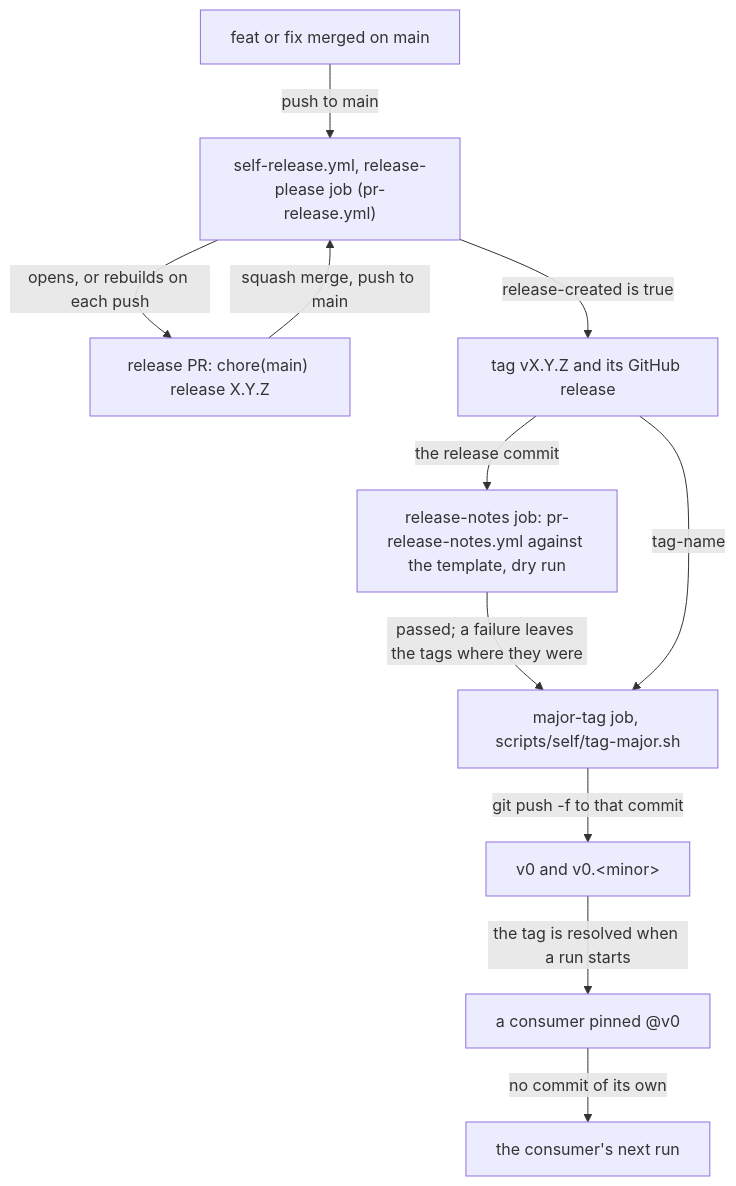
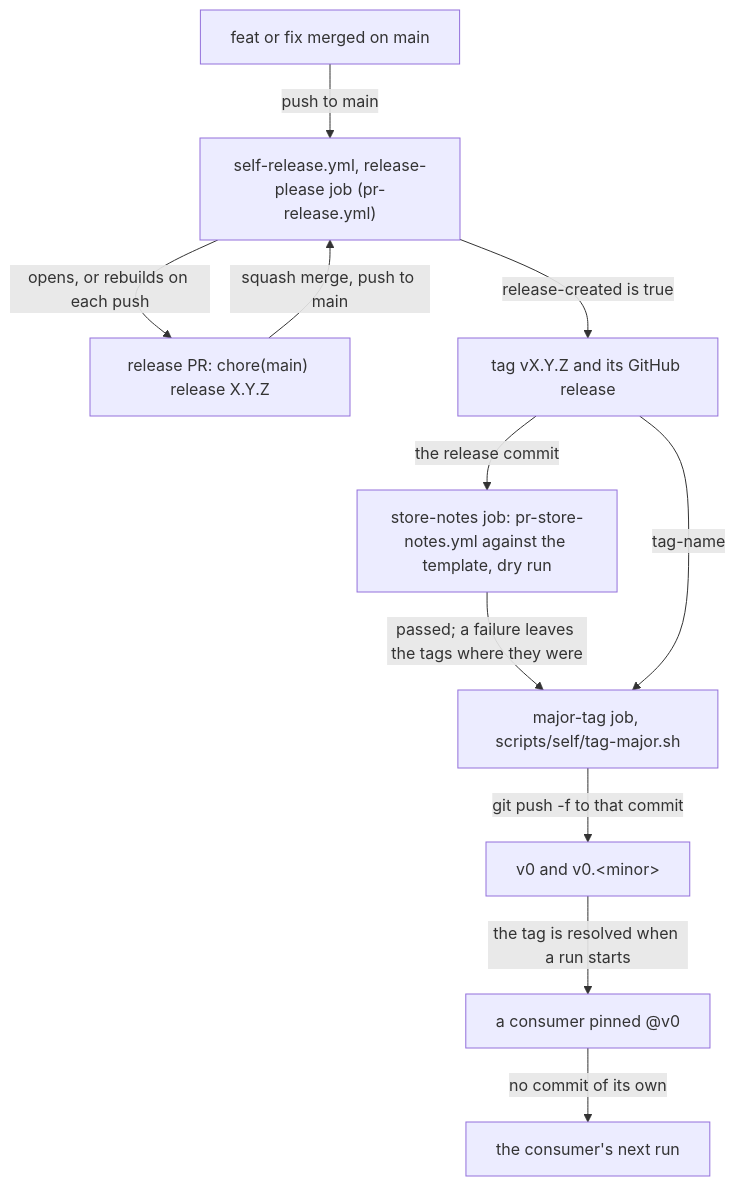
Before and after one commit to blinkbitcoin/shared-workflows: the first of 5 diagrams in docs/consumer-guide.md, drawn with Mermaid. The commit also changed other lines of this file and 43 other files, not shown here.

````diff
--- a/docs/consumer-guide.md
+++ b/docs/consumer-guide.md
@@ -43,22 +43,22 @@
 ```mermaid
 flowchart TD
   merged["feat or fix merged on main"]
   release["self-release.yml, release-please job (pr-release.yml)"]
   pr["release PR: chore(main) release X.Y.Z"]
   tag["tag vX.Y.Z and its GitHub release"]
-  notes["release-notes job: pr-release-notes.yml against the template, dry run"]
+  notes["store-notes job: pr-store-notes.yml against the template, dry run"]
   major["major-tag job, scripts/self/tag-major.sh"]
   moving["v0 and v0.&lt;minor&gt;"]
   consumer["a consumer pinned @v0"]
   run["the consumer's next run"]
   merged -->|"push to main"| release
   release -->|"opens, or rebuilds on each push"| pr
   pr -->|"squash merge, push to main"| release
   release -->|"release-created is true"| tag
   tag -->|"the release commit"| notes
   notes -->|"passed; a failure leaves the tags where they were"| major
   tag -->|"tag-name"| major
   major -->|"git push -f to that commit"| moving
   moving -->|"the tag is resolved when a run starts"| consumer
   consumer -->|"no commit of its own"| run
 ```
````
